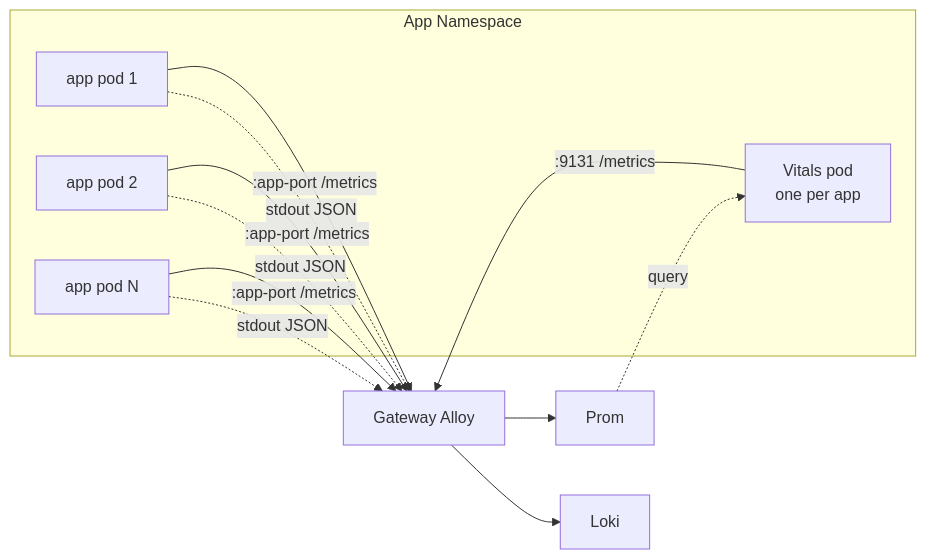
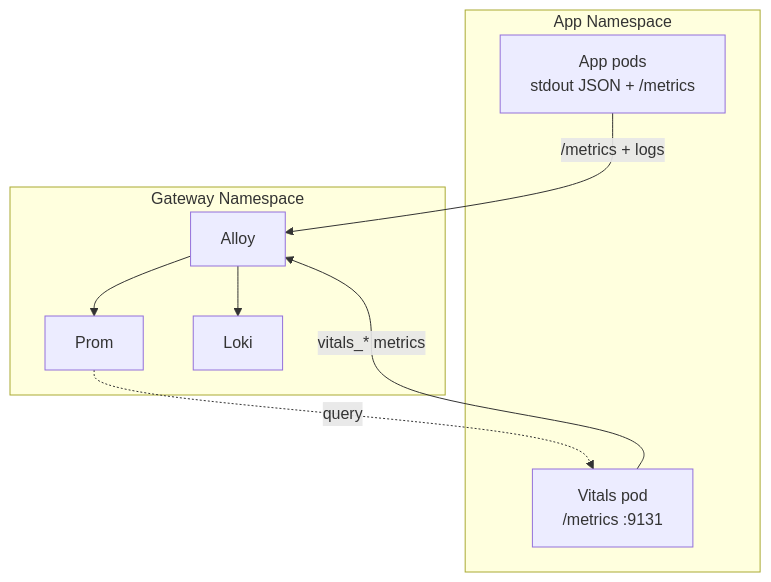
The first of 2 diagrams in docs/reference/patterns/observability-contract.md (Kord96/kordinate), drawn with Mermaid before and after one commit. The commit also changed other lines of this file, not shown here.

Commit message:
docs: clean up observability contract mermaid diagrams [scribe]
Simplify both diagrams — collapse individual pod nodes into single
App pods node, reduce edge count, show Gateway Namespace as subgraph,
use consistent short labels.

````diff
--- a/docs/reference/patterns/observability-contract.md
+++ b/docs/reference/patterns/observability-contract.md
@@ -7,14 +7,15 @@
 ```mermaid
-flowchart LR
+flowchart TB
     subgraph ns[App Namespace]
-        A1[app pod 1] & A2[app pod 2] & A3[app pod N]
-        VIT[Vitals pod<br/>one per app]
+        APPS[App pods<br/>stdout JSON + /metrics]
+        VIT[Vitals pod<br/>/metrics :9131]
     end
 
-    A1 & A2 & A3 -->|:app-port /metrics| GA[Gateway Alloy]
-    A1 & A2 & A3 -.->|stdout JSON| GA
-    VIT -->|:9131 /metrics| GA
-    GA --> P[Prom] & L[Loki]
+    subgraph gw[Gateway Namespace]
+        AL[Alloy] --> P[Prom] & L[Loki]
+    end
 
+    APPS -->|/metrics + logs| AL
+    VIT -->|vitals_* metrics| AL
     P -.->|query| VIT
 ```
````
